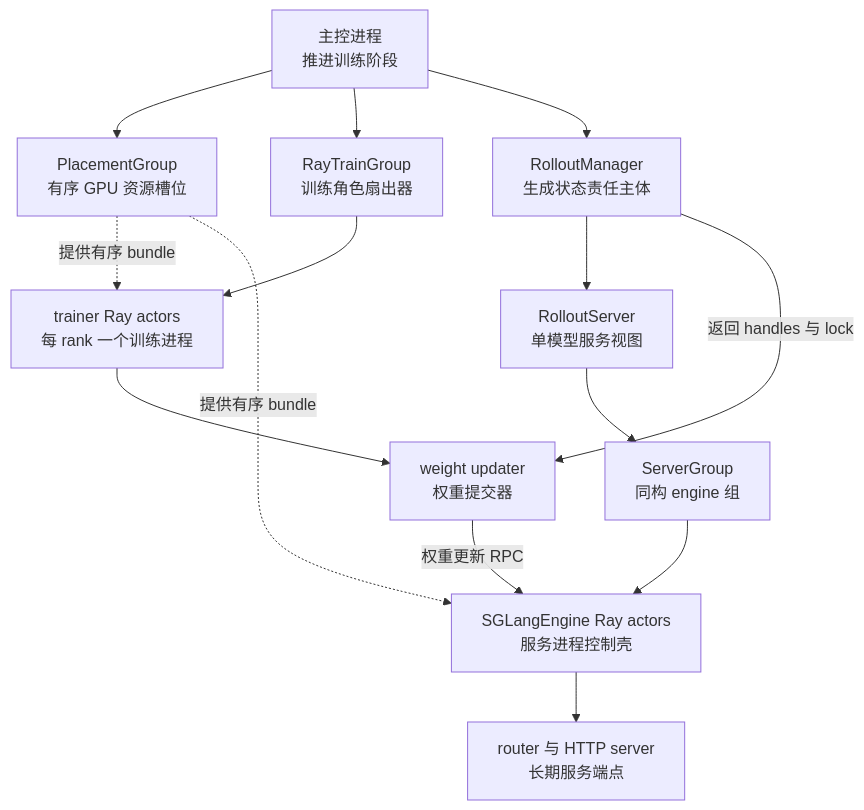
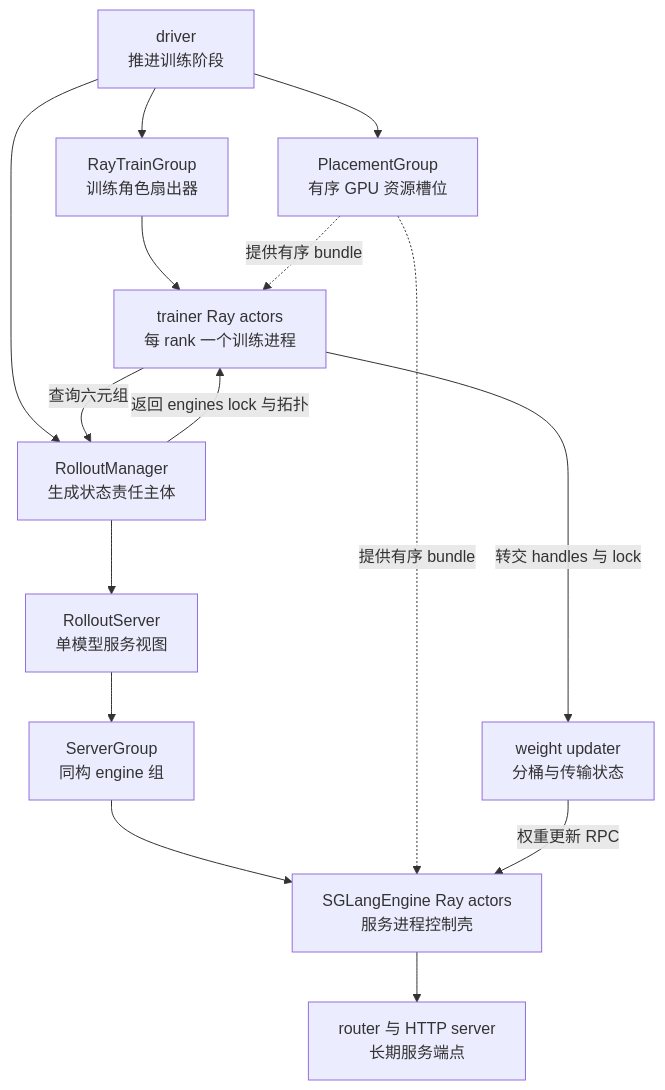
One commit to suhaibo666/llm-knowledge changed the first of 3 diagrams in wiki/02_engineering/04_posttrain_frameworks/slime/11_slime_ray_control_plane_analysis.md. Above: the diagram before and after it, drawn with Mermaid. The commit also changed other lines of this file and 27 other files, not shown here.

````diff
--- a/wiki/02_engineering/04_posttrain_frameworks/slime/11_slime_ray_control_plane_analysis.md
+++ b/wiki/02_engineering/04_posttrain_frameworks/slime/11_slime_ray_control_plane_analysis.md
@@ -58,21 +58,22 @@
 ```mermaid
 flowchart TB
-    D["主控进程<br/>推进训练阶段"]
+    D["driver<br/>推进训练阶段"]
     PG["PlacementGroup<br/>有序 GPU 资源槽位"]
     TG["RayTrainGroup<br/>训练角色扇出器"]
     RM["RolloutManager<br/>生成状态责任主体"]
     RS["RolloutServer<br/>单模型服务视图"]
     SG["ServerGroup<br/>同构 engine 组"]
     TA["trainer Ray actors<br/>每 rank 一个训练进程"]
     EA["SGLangEngine Ray actors<br/>服务进程控制壳"]
     RT["router 与 HTTP server<br/>长期服务端点"]
-    WU["weight updater<br/>权重提交器"]
+    WU["weight updater<br/>分桶与传输状态"]
     D --> PG
     D --> TG --> TA
     D --> RM --> RS --> SG --> EA --> RT
     PG -.->|提供有序 bundle| TA
     PG -.->|提供有序 bundle| EA
-    TA --> WU
     WU -->|权重更新 RPC| EA
-    RM -->|返回 handles 与 lock| WU
+    TA -->|查询六元组| RM
+    RM -->|返回 engines lock 与拓扑| TA
+    TA -->|转交 handles 与 lock| WU
 ```
````
